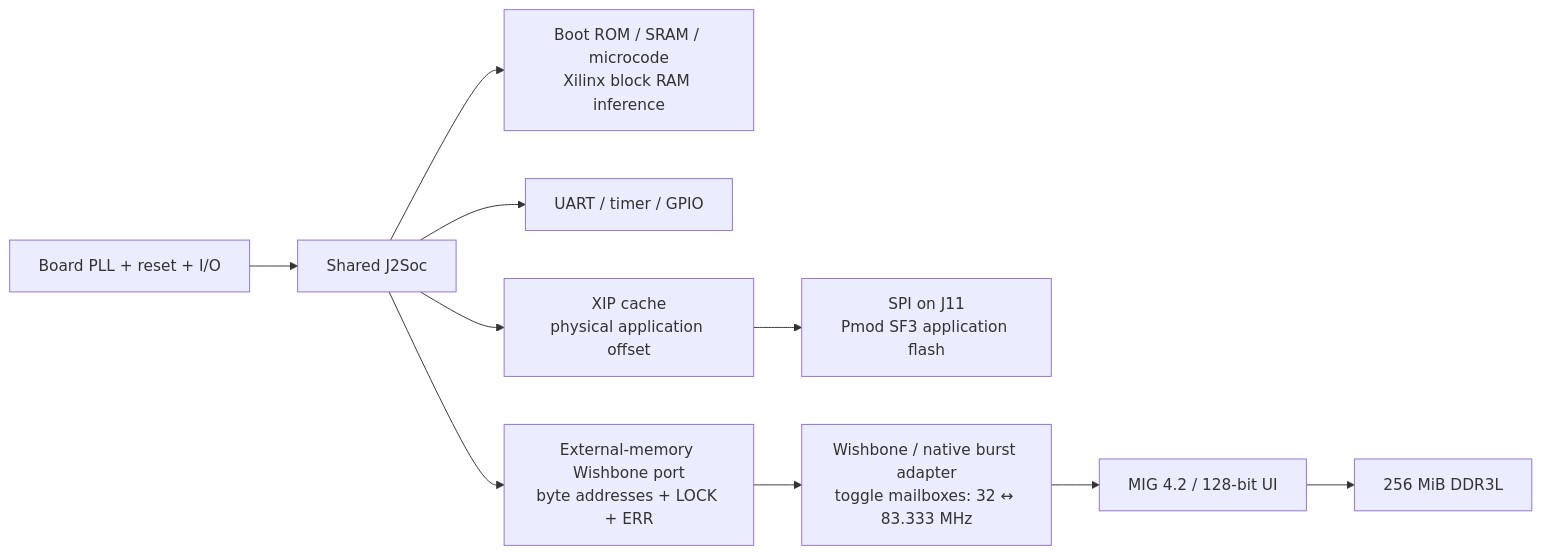
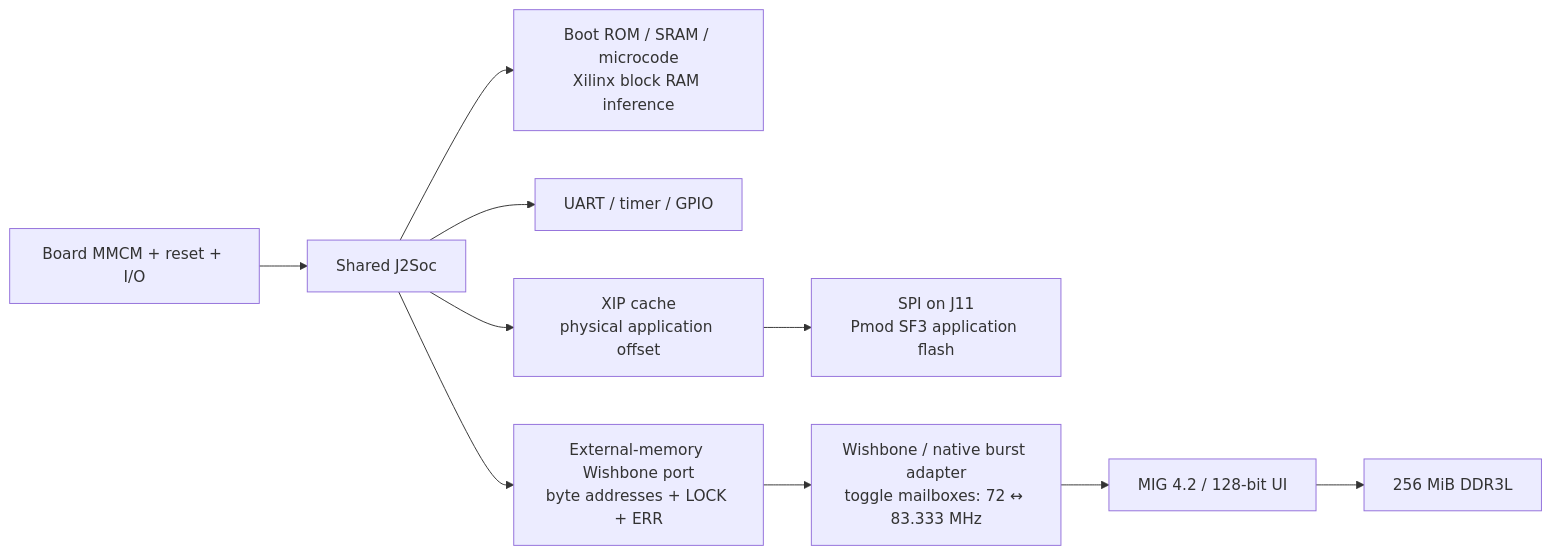
One commit to PreviousVOD/VexJ2 changed the first of 3 diagrams in docs/wukong-v1.md. Above: the diagram before and after it, drawn with Mermaid. The commit also changed other lines of this file and 23 other files, not shown here.

````diff
--- a/docs/wukong-v1.md
+++ b/docs/wukong-v1.md
@@ -83,12 +84,12 @@
 ```mermaid
 flowchart LR
-  P["Board PLL + reset + I/O"] --> S["Shared J2Soc"]
+  P["Board MMCM + reset + I/O"] --> S["Shared J2Soc"]
   S --> R["Boot ROM / SRAM / microcode<br/>Xilinx block RAM inference"]
   S --> U["UART / timer / GPIO"]
   S --> C["XIP cache<br/>physical application offset"]
   C --> F["SPI on J11<br/>Pmod SF3 application flash"]
   S --> B["External-memory Wishbone port<br/>byte addresses + LOCK + ERR"]
-  B --> E["Wishbone / native burst adapter<br/>toggle mailboxes: 32 ↔ 83.333 MHz"]
+  B --> E["Wishbone / native burst adapter<br/>toggle mailboxes: 72 ↔ 83.333 MHz"]
   E --> M["MIG 4.2 / 128-bit UI"]
   M --> D["256 MiB DDR3L"]
 ```
````
